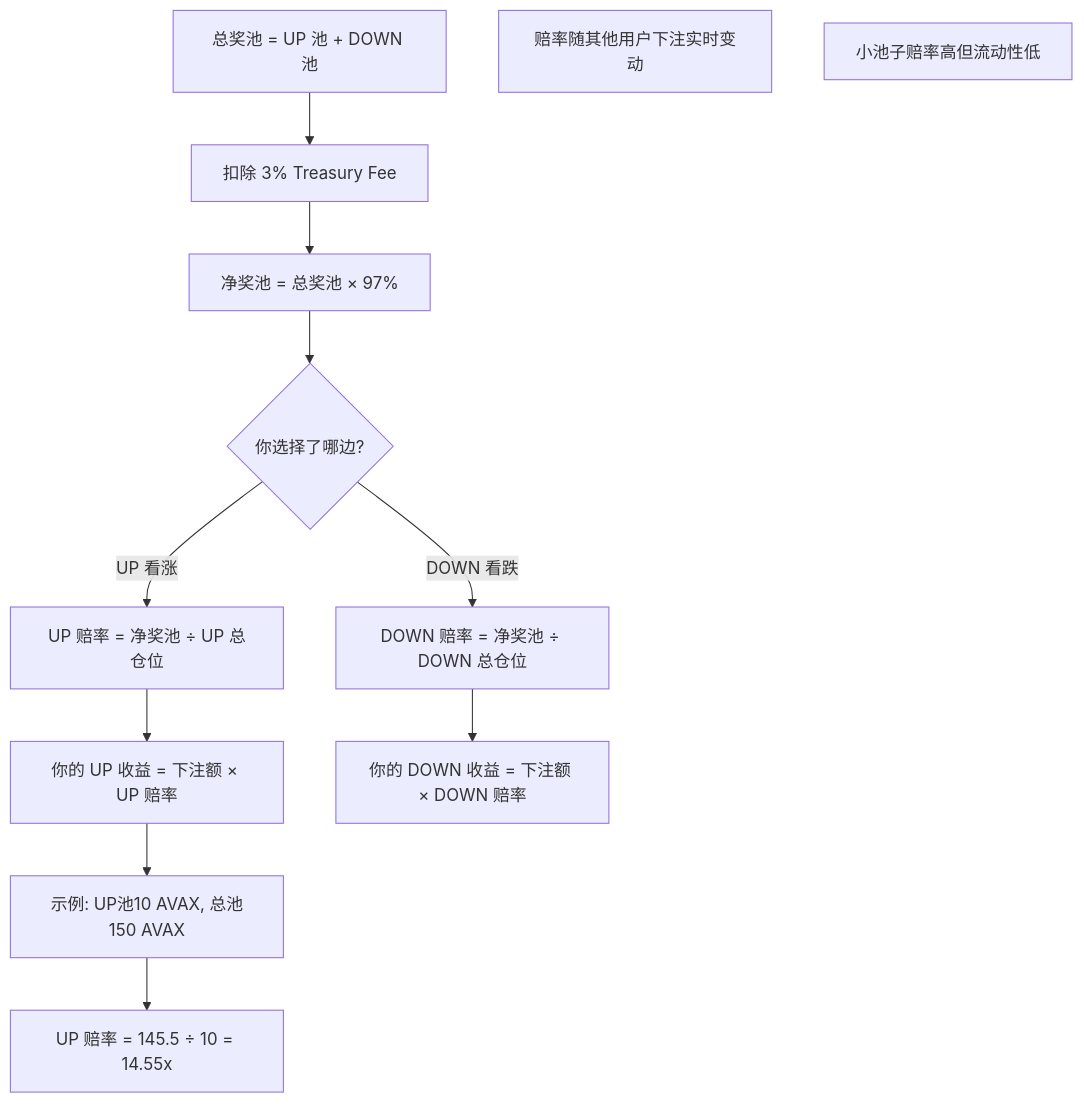
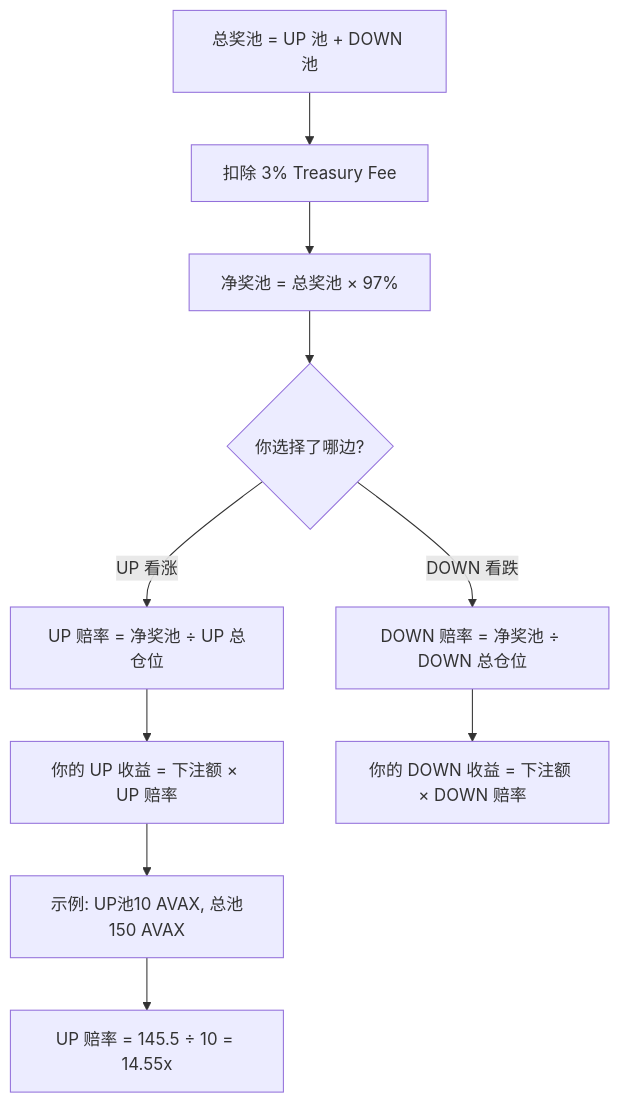
The fourth of 14 diagrams in research/08_chance/analysis.md (survivorff/polymarket_research), drawn with Mermaid before and after one commit. The commit also changed other lines of this file and 11 other files, not shown here.

First line of the commit message:
修复所有 Mermaid 语法错误，确保流程图可正常渲染

````diff
--- a/research/08_chance/analysis.md
+++ b/research/08_chance/analysis.md
@@ -106,14 +106,14 @@
 ```mermaid
 flowchart TD
     A[总奖池 = UP 池 + DOWN 池] --> B[扣除 3% Treasury Fee]
     B --> C[净奖池 = 总奖池 × 97%]
     C --> D{你选择了哪边?}
     D -->|UP 看涨| E[UP 赔率 = 净奖池 ÷ UP 总仓位]
     D -->|DOWN 看跌| F[DOWN 赔率 = 净奖池 ÷ DOWN 总仓位]
     E --> G[你的 UP 收益 = 下注额 × UP 赔率]
     F --> H[你的 DOWN 收益 = 下注额 × DOWN 赔率]
     G --> I[示例: UP池10 AVAX, 总池150 AVAX]
     I --> J[UP 赔率 = 145.5 ÷ 10 = 14.55x]
-    note1[赔率随其他用户下注实时变动]
-    note2[小池子赔率高但流动性低]
+    %% 注: 赔率随其他用户下注实时变动
+    %% 注: 小池子赔率高但流动性低
 ```
````
